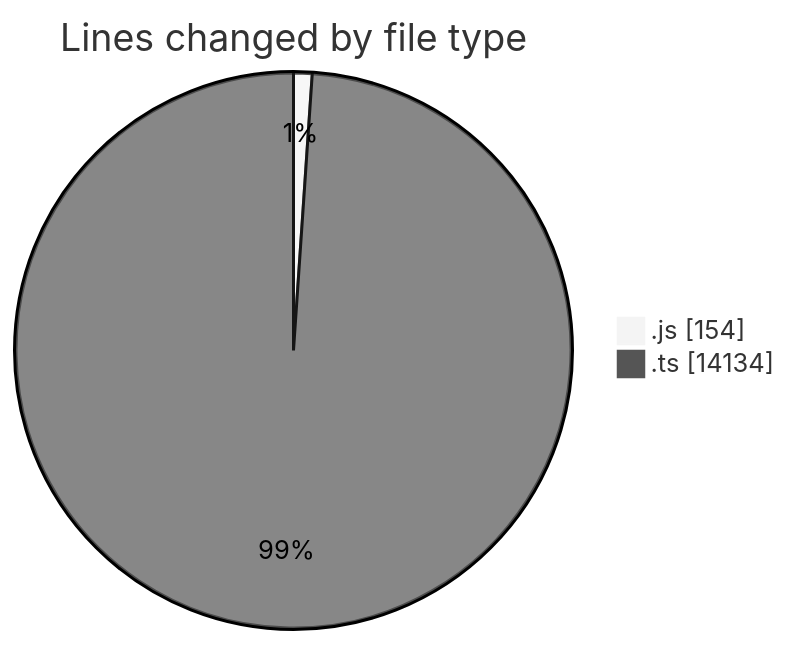
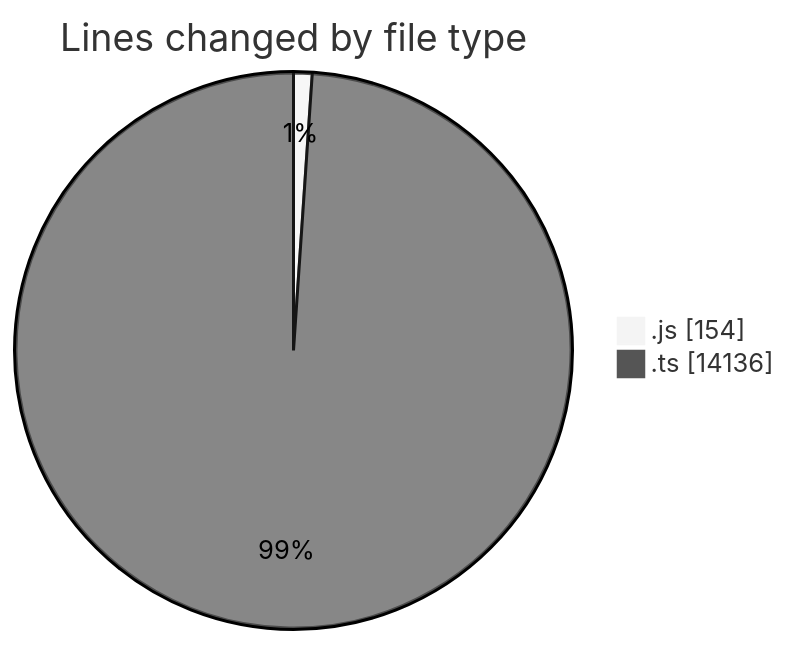
One commit to momahboobian/code-tracking changed the first of 2 diagrams in 2025-05-27/cda/README.md. Above: the diagram before and after it, drawn with Mermaid (neutral theme). The commit also changed other lines of this file and 1 other file, not shown here.

````diff
--- a/2025-05-27/cda/README.md
+++ b/2025-05-27/cda/README.md
@@ -25,6 +25,6 @@
 ```mermaid
 pie showData
 title Lines changed by file type
 ".js" : 154
-".ts" : 14134
+".ts" : 14136
 ```
````
